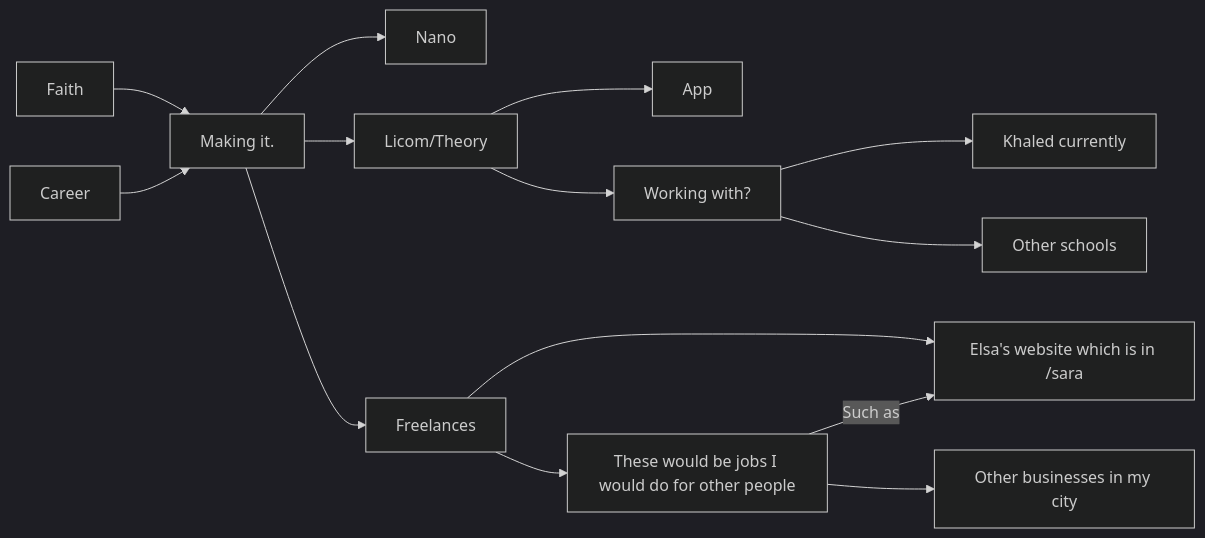
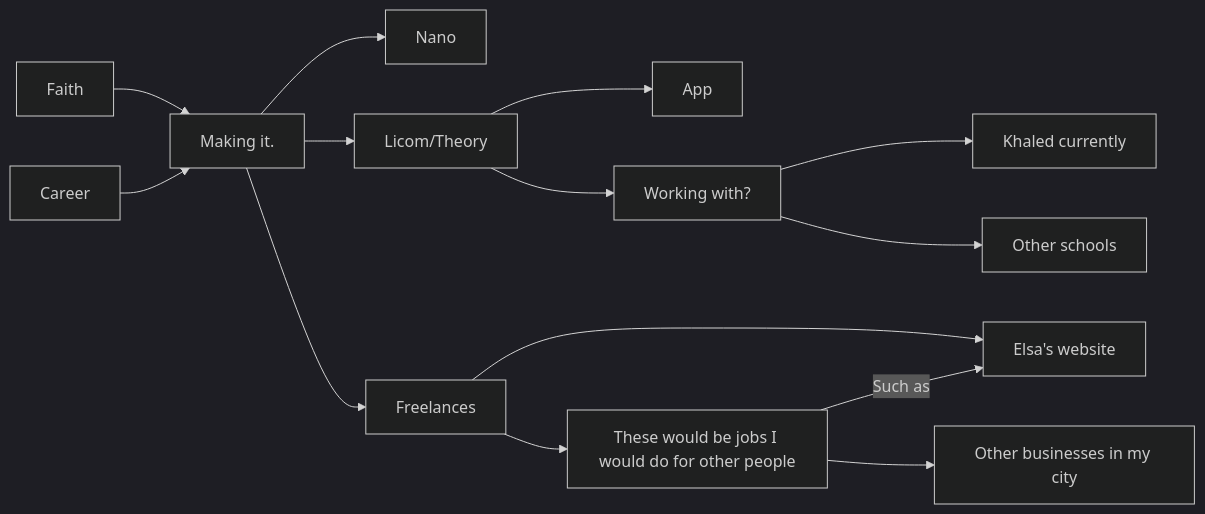
Before and after one commit to Smmyii/Hub: the diagram in canvas-info/Canvas.md, drawn with Mermaid (dark theme). The commit also changed other lines of this file and 8 other files, not shown here.

First line of the commit message:
complete Sara→Elsa rename, deploy Larry profiles, add CLAUDE.md boot files

````diff
--- a/canvas-info/Canvas.md
+++ b/canvas-info/Canvas.md
@@ -5,29 +5,29 @@
 ```mermaid
 graph LR
   mmibwbdn["Making it."]
   mmibvbls["Nano"]
   mmicbx7k["Licom/Theory"]
   mmiccm0a["App"]
   mmicouqk["Working with?"]
   mmj5peu4["Freelances"]
-  mmicegt3["Elsa's website which is in /sara"]
+  mmicegt3["Elsa's website"]
   mmj7f3ml["Faith"]
   mmj7fx5r["Career"]
   mmjnxdd1["These would be jobs I would do for other people"]
   mmjnzt8x["Other businesses in my city"]
   mmjo26dq["Khaled currently"]
   mmjo2fo8["Other schools"]
   mmibwbdn --> mmibvbls
   mmibwbdn --> mmicbx7k
   mmicbx7k --> mmiccm0a
   mmicbx7k --> mmicouqk
   mmibwbdn --> mmj5peu4
   mmj5peu4 --> mmicegt3
   mmj7f3ml --> mmibwbdn
   mmj7fx5r --> mmibwbdn
   mmj5peu4 --> mmjnxdd1
   mmjnxdd1 -->|Such as| mmicegt3
   mmjnxdd1 --> mmjnzt8x
   mmicouqk --> mmjo26dq
   mmicouqk --> mmjo2fo8
 ```
````
